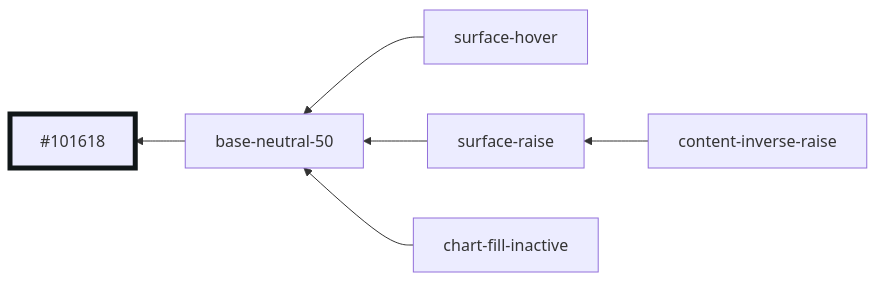
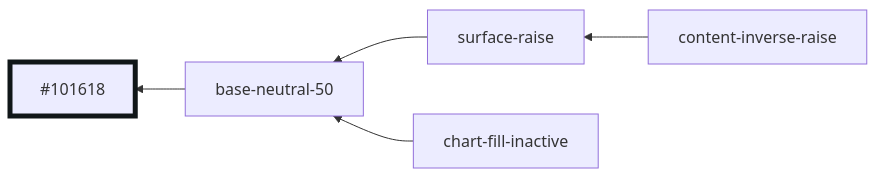
Before and after one commit to oxidecomputer/design-system: diagram 42 of 51 in styles/dist/blue.md, drawn with Mermaid. The commit also changed other lines of this file and 8 other files, not shown here.

````diff
--- a/styles/dist/blue.md
+++ b/styles/dist/blue.md
@@ -487,10 +487,9 @@
 ```mermaid
 graph RL
   base-neutral-50 --> #101618:::base-neutral-50
-  surface-hover --> base-neutral-50
   surface-raise --> base-neutral-50
   content-inverse-raise --> surface-raise
   chart-fill-inactive --> base-neutral-50
 
 	classDef base-neutral-50 stroke-width:5,stroke:#101618
 ```
````
